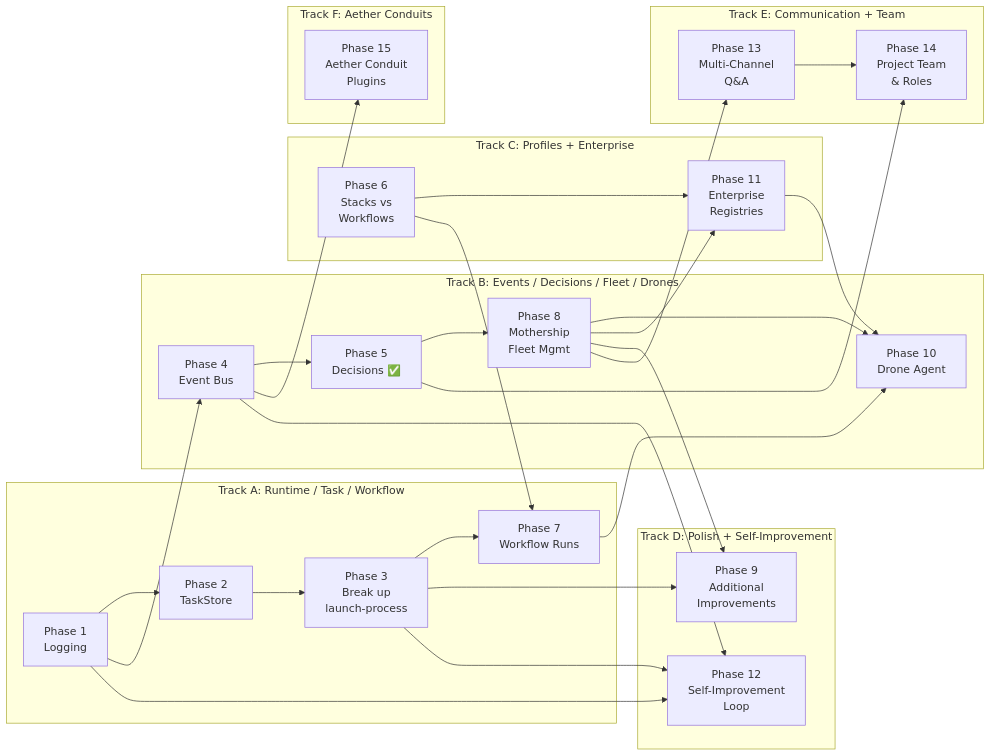
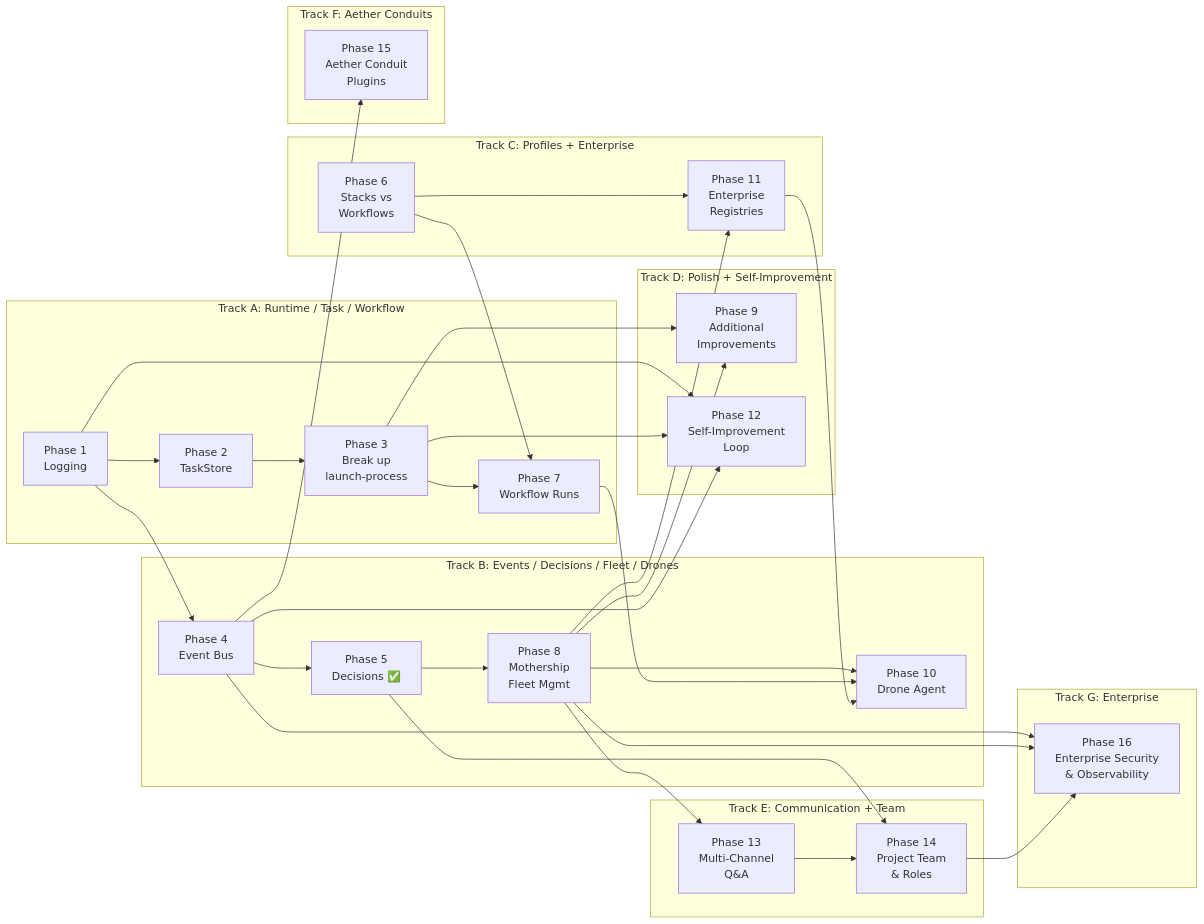
Before and after one commit to kabaogluemre/dotbot: the fifth of 5 diagrams in docs/DOTBOT-V4-ROADMAP-DRAFT-V1.md, drawn with Mermaid. The commit also changed other lines of this file and 1 other file, not shown here.

First line of the commit message:
docs: strengthen scope statement and add enterprise requirements mapping

````diff
--- a/docs/DOTBOT-V4-ROADMAP-DRAFT-V1.md
+++ b/docs/DOTBOT-V4-ROADMAP-DRAFT-V1.md
@@ -384,47 +401,54 @@
 ```mermaid
 graph LR
     subgraph TrackA["Track A: Runtime / Task / Workflow"]
         P1["Phase 1\nLogging"] --> P2["Phase 2\nTaskStore"]
         P2 --> P3["Phase 3\nBreak up\nlaunch-process"]
         P3 --> P7["Phase 7\nWorkflow Runs"]
     end
 
     subgraph TrackB["Track B: Events / Decisions / Fleet / Drones"]
         P4["Phase 4\nEvent Bus"] --> P5["Phase 5\nDecisions ✅"]
         P5 --> P8["Phase 8\nMothership\nFleet Mgmt"]
         P8 --> P10["Phase 10\nDrone Agent"]
     end
 
     subgraph TrackC["Track C: Profiles + Enterprise"]
         P6["Phase 6\nStacks vs\nWorkflows"]
         P6 --> P11["Phase 11\nEnterprise\nRegistries"]
     end
 
     subgraph TrackD["Track D: Polish + Self-Improvement"]
         P9["Phase 9\nAdditional\nImprovements"]
         P12["Phase 12\nSelf-Improvement\nLoop"]
     end
 
     subgraph TrackE["Track E: Communication + Team"]
         P13["Phase 13\nMulti-Channel\nQ&A"]
         P13 --> P14["Phase 14\nProject Team\n& Roles"]
     end
 
     subgraph TrackF["Track F: Aether Conduits"]
         P15["Phase 15\nAether Conduit\nPlugins"]
     end
 
+    subgraph TrackG["Track G: Enterprise"]
+        P16["Phase 16\nEnterprise Security\n& Observability"]
+    end
+
     P1 --> P4
     P4 --> P15
     P6 --> P7
     P7 --> P10
     P8 --> P11
     P3 --> P9
     P8 --> P9
     P11 --> P10
     P1 --> P12
     P3 --> P12
     P4 --> P12
     P8 --> P13
     P5 --> P14
+    P4 --> P16
+    P8 --> P16
+    P14 --> P16
 ```
````
